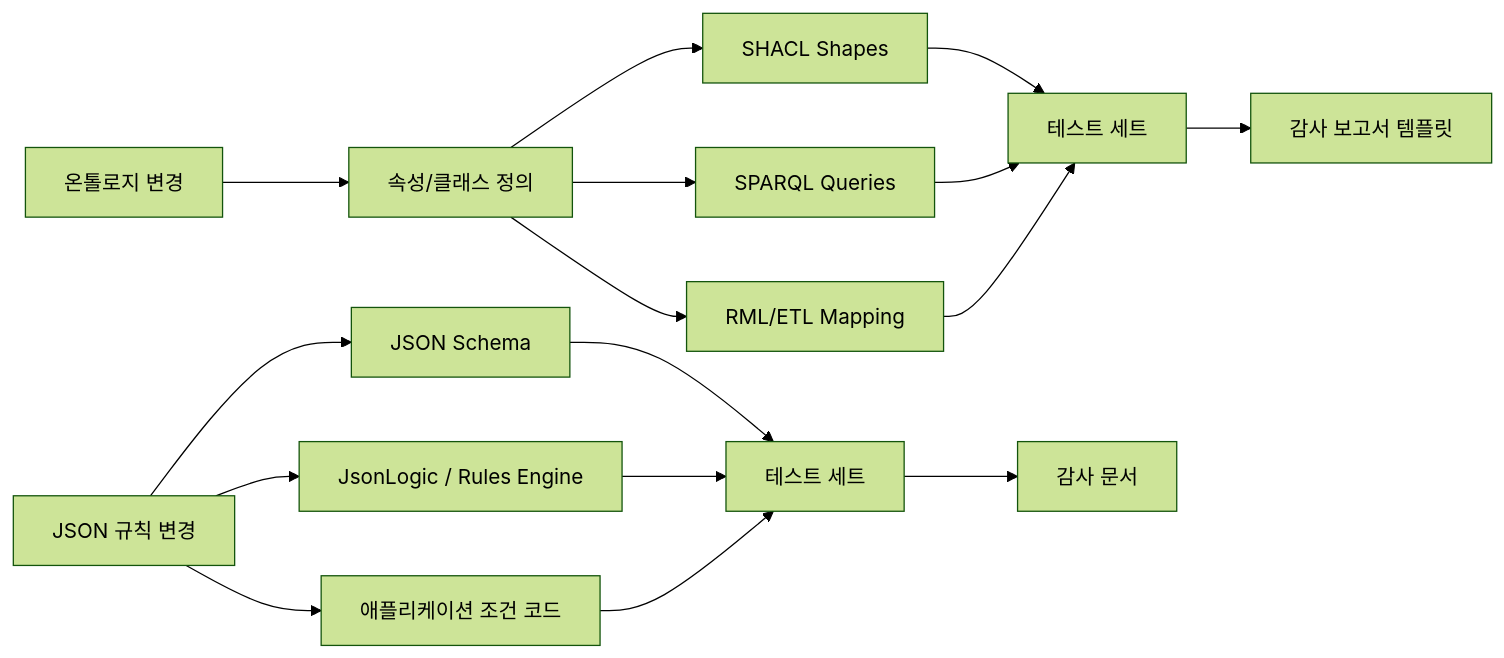
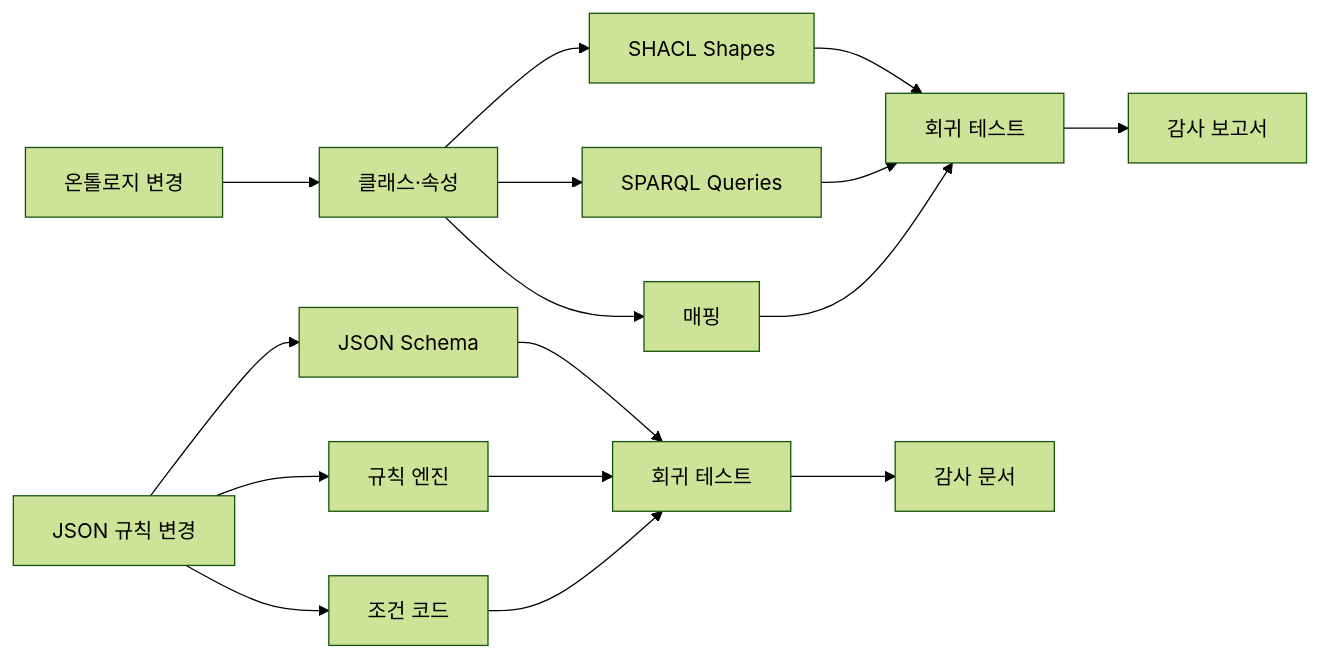
The diagram in content/notes/ontology-vs-json-rules.md (tteggu87/tteggu87.github.io), drawn with Mermaid (forest theme) before and after one commit. The commit also changed other lines of this file and 9 other files, not shown here.

````diff
--- a/content/notes/ontology-vs-json-rules.md
+++ b/content/notes/ontology-vs-json-rules.md
@@ -138,34 +137,19 @@
 ```mermaid
 flowchart LR
-    OC[온톨로지 변경]
-    OP[속성/클래스 정의]
-    SH[SHACL Shapes]
-    SQ[SPARQL Queries]
-    MP[RML/ETL Mapping]
-    TS[테스트 세트]
-    AR[감사 보고서 템플릿]
+    OC[온톨로지 변경] --> OP[클래스·속성]
+    OP --> SH[SHACL Shapes]
+    OP --> SQ[SPARQL Queries]
+    OP --> MP[매핑]
+    SH --> OT[회귀 테스트]
+    SQ --> OT
+    MP --> OT
+    OT --> OA[감사 보고서]
 
-    JR[JSON 규칙 변경]
-    JS[JSON Schema]
-    JL[JsonLogic / Rules Engine]
-    JC[애플리케이션 조건 코드]
-    JT[테스트 세트]
-    JA[감사 문서]
-
-    OC --> OP
-    OP --> SH
-    OP --> SQ
-    OP --> MP
-    SH --> TS
-    SQ --> TS
-    MP --> TS
-    TS --> AR
-
-    JR --> JS
-    JR --> JL
-    JR --> JC
-    JS --> JT
+    JR[JSON 규칙 변경] --> JS[JSON Schema]
+    JR --> JL[규칙 엔진]
+    JR --> JC[조건 코드]
+    JS --> JT[회귀 테스트]
     JL --> JT
     JC --> JT
-    JT --> JA
+    JT --> JA[감사 문서]
 ```
````
